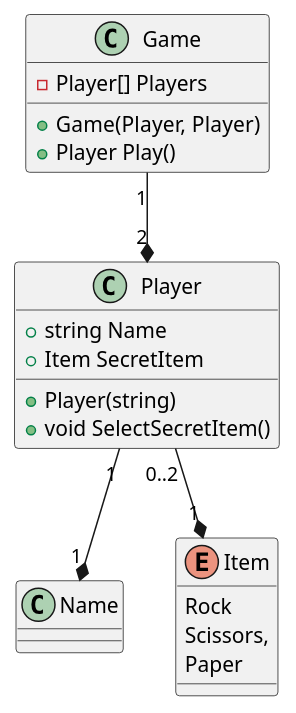
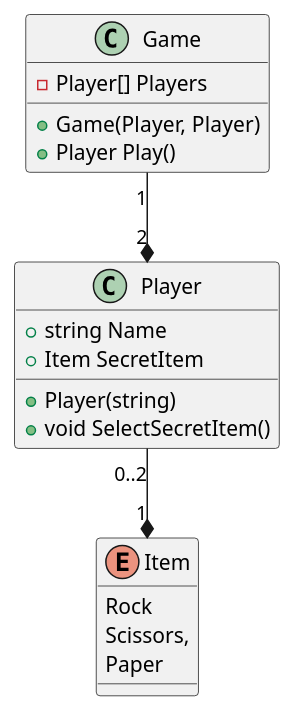
Before and after one commit to jonaskeisu/newton-sysg-op1: the second of 3 diagrams in lektioner/12-klasser-och-objekt/12-klasser-och-objekt.notes.md, drawn with PlantUML. The commit also changed other lines of this file, not shown here.

````diff
--- a/lektioner/12-klasser-och-objekt/12-klasser-och-objekt.notes.md
+++ b/lektioner/12-klasser-och-objekt/12-klasser-och-objekt.notes.md
@@ -267,32 +266,31 @@
 ```plantuml
 @startuml
 
 class Player
 {
     + string Name
     + Item SecretItem
     + Player(string)
     + void SelectSecretItem()
 }
 
-Player "1" --* "1" Name
 Player "0..2" --* "1" Item
 
 class Game
 {
     - Player[] Players
     + Game(Player, Player)
     + Player Play()
 }
 
 Game "1" --* "2" Player
 
 enum Item
 {
     Rock
     Scissors,
     Paper
 }
 
 @enduml
 ```
````
